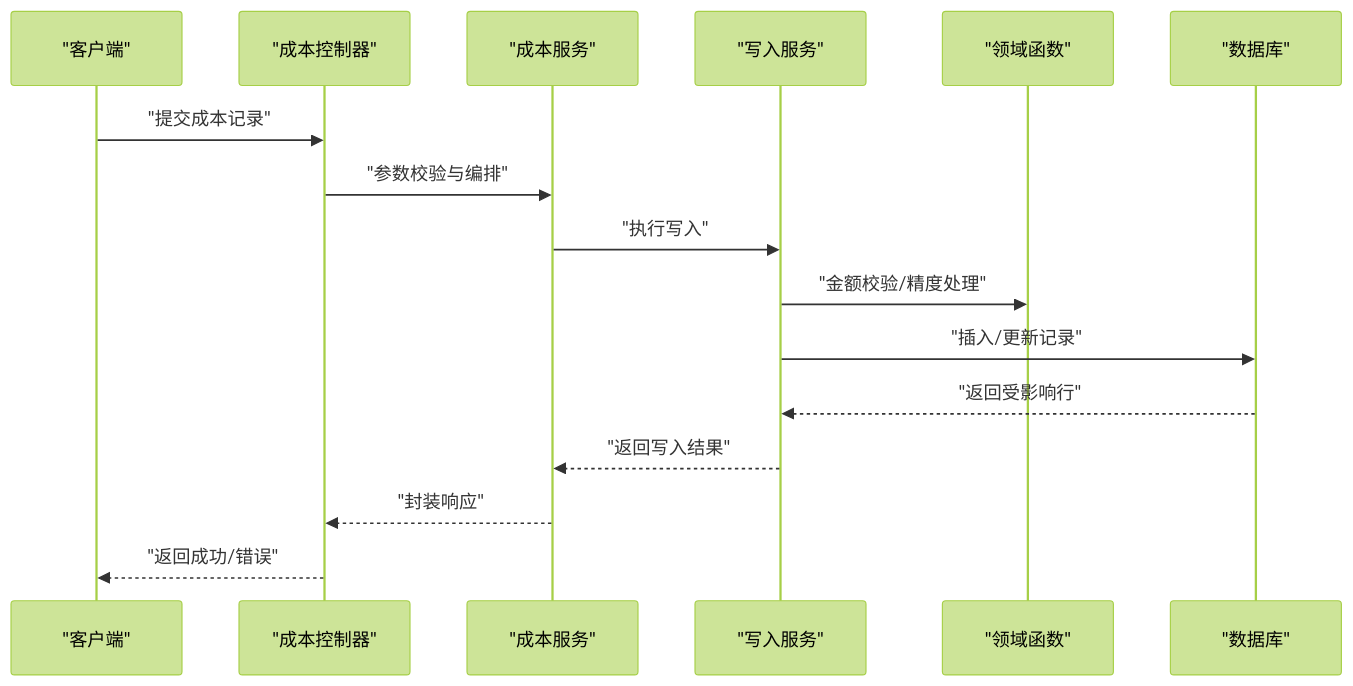
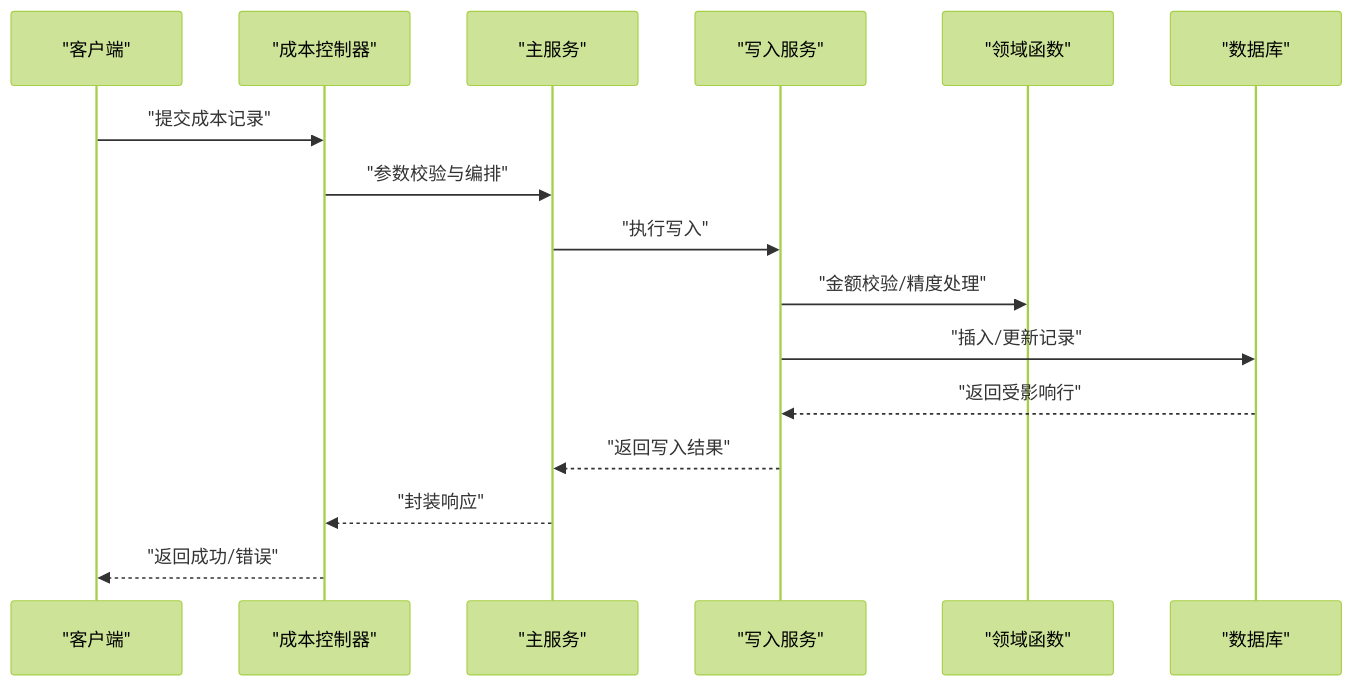
Before and after one commit to rc558620/purelyprofit-server: the eighth of 9 diagrams in .qoder/repowiki/zh/content/业务模块/运营管理模块/成本管理.md, drawn with Mermaid (forest theme). The commit also changed other lines of this file and 45 other files, not shown here.

````diff
--- a/.qoder/repowiki/zh/content/业务模块/运营管理模块/成本管理.md
+++ b/.qoder/repowiki/zh/content/业务模块/运营管理模块/成本管理.md
@@ -359,18 +405,18 @@
 ```mermaid
 sequenceDiagram
 participant Client as "客户端"
 participant Ctrl as "成本控制器"
-participant Svc as "成本服务"
+participant Svc as "主服务"
 participant Write as "写入服务"
 participant Domain as "领域函数"
 participant DB as "数据库"
 Client->>Ctrl : "提交成本记录"
 Ctrl->>Svc : "参数校验与编排"
 Svc->>Write : "执行写入"
 Write->>Domain : "金额校验/精度处理"
 Write->>DB : "插入/更新记录"
 DB-->>Write : "返回受影响行"
 Write-->>Svc : "返回写入结果"
 Svc-->>Ctrl : "封装响应"
 Ctrl-->>Client : "返回成功/错误"
 ```
````
